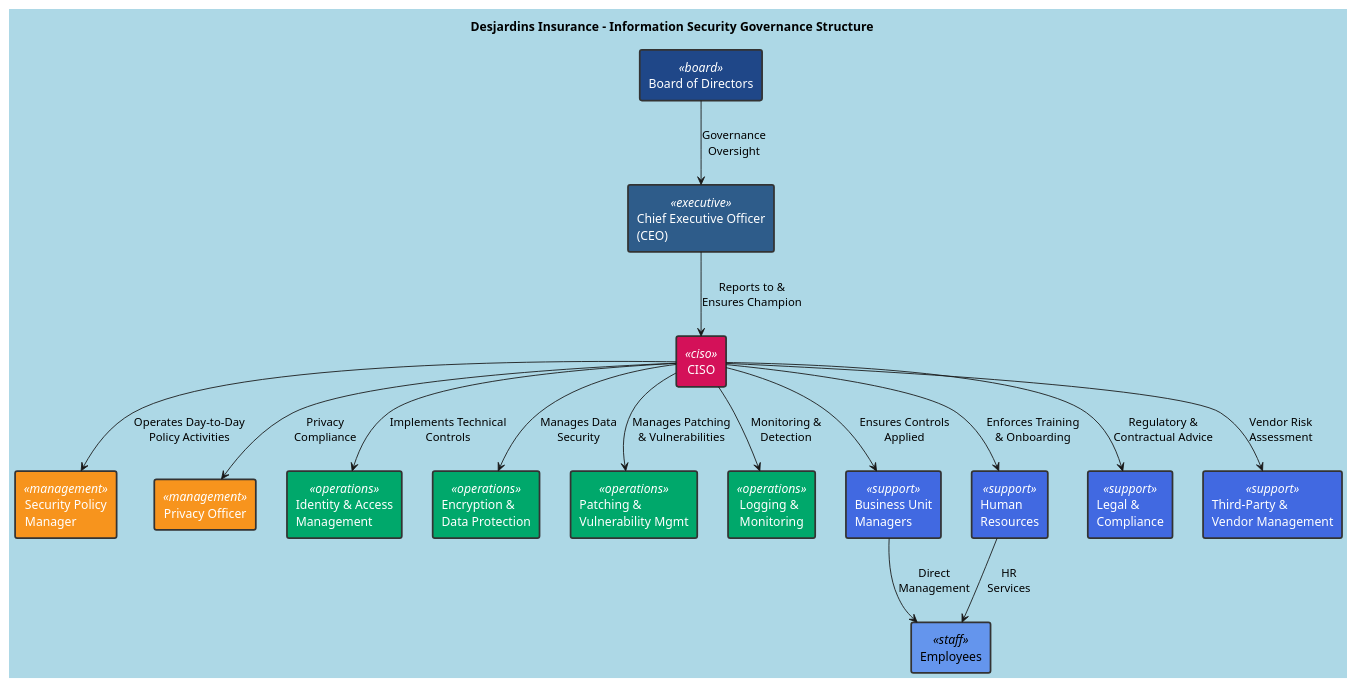
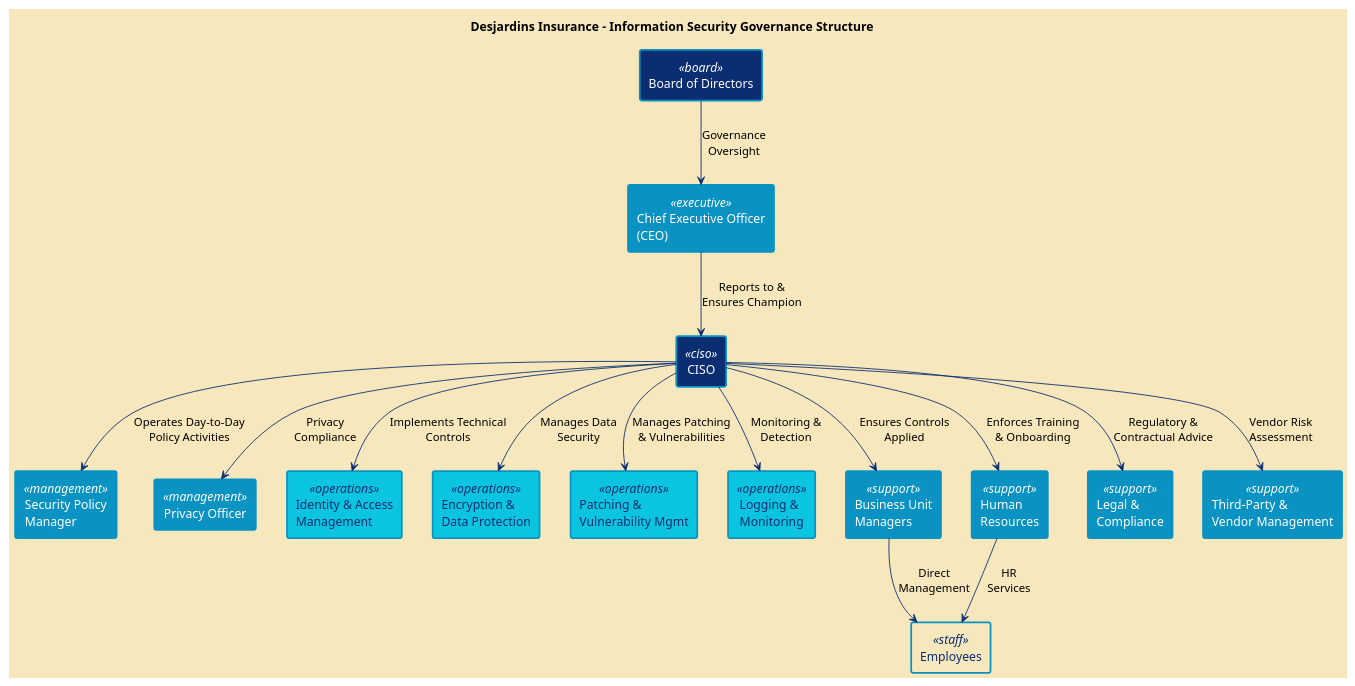
The diagram in docs/diagrams/governance-structure.puml (MercuryAtom31/Desjardins-Insurance-ISMS-Policy), drawn with PlantUML before and after one commit.

Commit message:
Updated the color palette.

```diff
--- a/docs/diagrams/governance-structure.puml
+++ b/docs/diagrams/governance-structure.puml
@@ -1,66 +1,67 @@
 @startuml governance-structure
 
-skinparam backgroundColor #ADD8E6
+skinparam backgroundColor #F6E7BC
+skinparam ArrowColor #0B2D72
 skinparam rectangle {
-  BackgroundColor<<board>> #1f4788
-  BackgroundColor<<executive>> #2e5c8a
-  BackgroundColor<<ciso>> #d41159
-  BackgroundColor<<management>> #f7941d
-  BackgroundColor<<operations>> #00a86b
-  BackgroundColor<<support>> #4169e1
-  BackgroundColor<<staff>> #6495ed
+  BackgroundColor<<board>> #0B2D72
+  BackgroundColor<<executive>> #0992C2
+  BackgroundColor<<ciso>> #0B2D72
+  BackgroundColor<<management>> #0992C2
+  BackgroundColor<<operations>> #0AC4E0
+  BackgroundColor<<support>> #0992C2
+  BackgroundColor<<staff>> #F6E7BC
   FontColor<<board>> #ffffff
   FontColor<<executive>> #ffffff
   FontColor<<ciso>> #ffffff
   FontColor<<management>> #ffffff
-  FontColor<<operations>> #ffffff
+  FontColor<<operations>> #0B2D72
   FontColor<<support>> #ffffff
-  FontColor<<staff>> #000000
-  BorderColor #333333
+  FontColor<<staff>> #0B2D72
+  BorderColor #0992C2
   BorderThickness 2
 }
 
 title Desjardins Insurance - Information Security Governance Structure
 
 ' Board and Executive Level
 rectangle "Board of Directors" as BOD <<board>>
 rectangle "Chief Executive Officer\n(CEO)" as CEO <<executive>>
 
 ' CISO and Direct Reports
 rectangle "CISO" as CISO <<ciso>>
 rectangle "Security Policy\nManager" as SPM <<management>>
 rectangle "Privacy Officer" as PO <<management>>
 
 ' IT and Security Operations
 rectangle "Identity & Access\nManagement" as IAM <<operations>>
 rectangle "Encryption &\nData Protection" as EDP <<operations>>
 rectangle "Patching &\nVulnerability Mgmt" as PVM <<operations>>
 rectangle "Logging &\nMonitoring" as LM <<operations>>
 
 ' Supporting Functions
 rectangle "Business Unit\nManagers" as BUM <<support>>
 rectangle "Human\nResources" as HR <<support>>
 rectangle "Legal &\nCompliance" as LC <<support>>
 rectangle "Third-Party &\nVendor Management" as TPM <<support>>
 
 ' Staff Level
 rectangle "Employees" as EMP <<staff>>
 
 ' Reporting Lines
 BOD --> CEO : Governance\nOversight
 CEO --> CISO : Reports to &\nEnsures Champion
 CISO --> SPM : Operates Day-to-Day\nPolicy Activities
 CISO --> PO : Privacy\nCompliance
 CISO --> IAM : Implements Technical\nControls
 CISO --> EDP : Manages Data\nSecurity
 CISO --> PVM : Manages Patching\n& Vulnerabilities
 CISO --> LM : Monitoring &\nDetection
 CISO --> BUM : Ensures Controls\nApplied
 CISO --> HR : Enforces Training\n& Onboarding
 CISO --> LC : Regulatory &\nContractual Advice
 CISO --> TPM : Vendor Risk\nAssessment
 
 BUM --> EMP : Direct\nManagement
 HR --> EMP : HR\nServices
 
 @enduml
```
